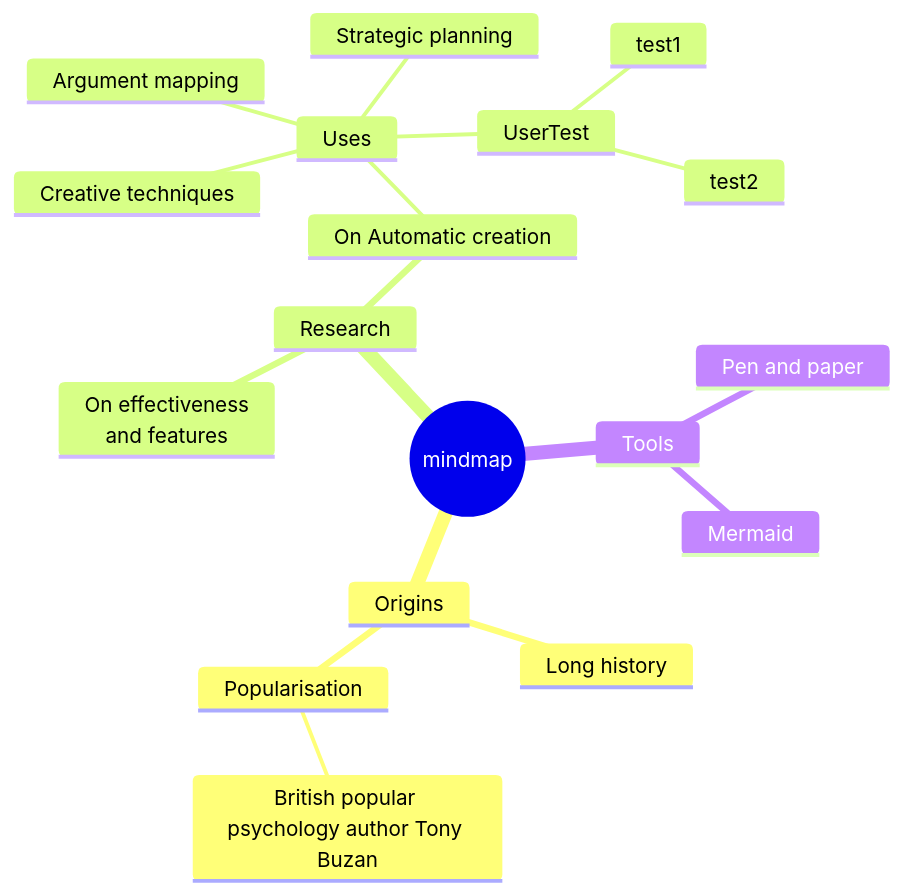
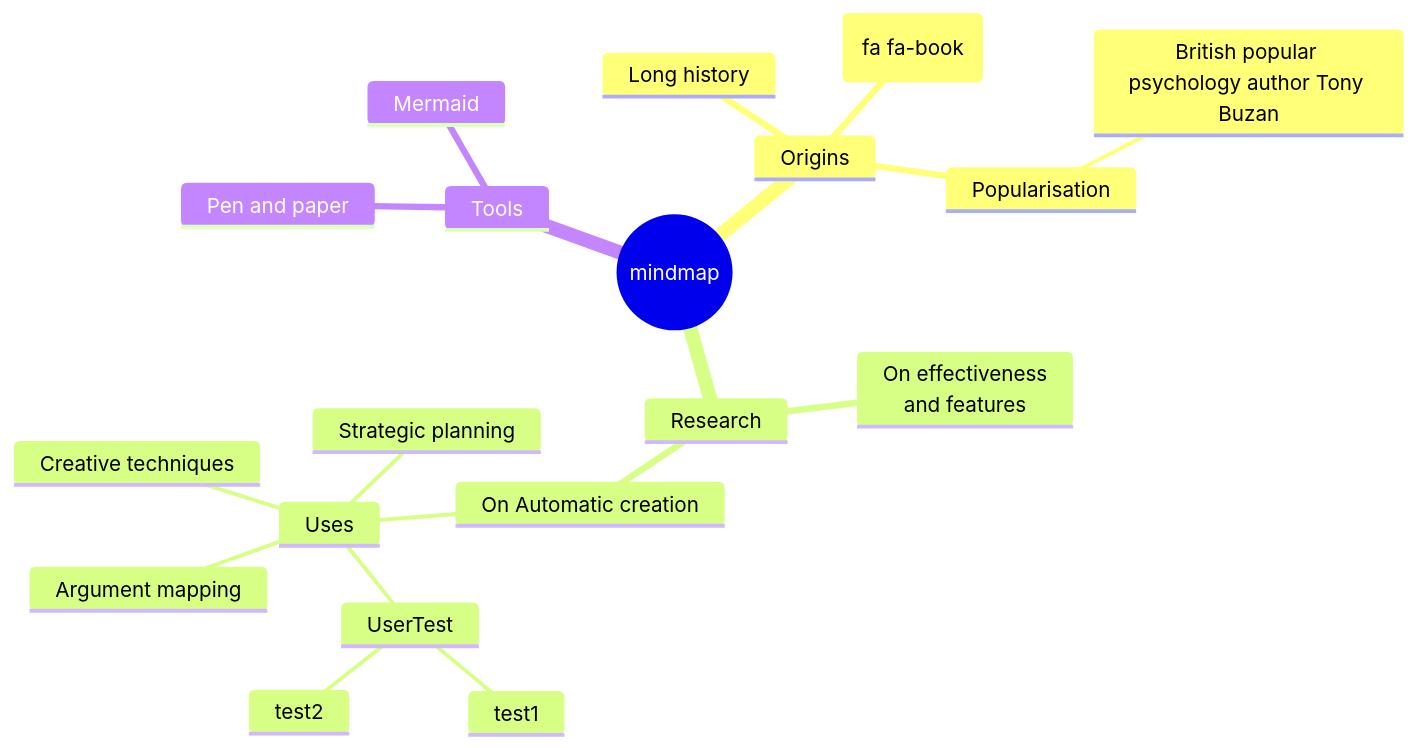
Before and after one commit to chaoyuim/OCI-2023-Associate: the second of 2 diagrams in OCI-File-Storage.md, drawn with Mermaid.

````diff
--- a/OCI-File-Storage.md
+++ b/OCI-File-Storage.md
@@ -105,22 +105,22 @@
 ```mermaid
 mindmap
   root((mindmap))
     Origins
       Long history
-      ::icon(fa fa-book)
+      :warning:(fa fa-book)
       Popularisation
         British popular psychology author Tony Buzan
     Research
       On effectiveness<br/>and features
       On Automatic creation
         Uses
             Creative techniques
             Strategic planning
             Argument mapping
             UserTest
                 test1
                 test2
     Tools
       Pen and paper
       Mermaid
 ```
````
